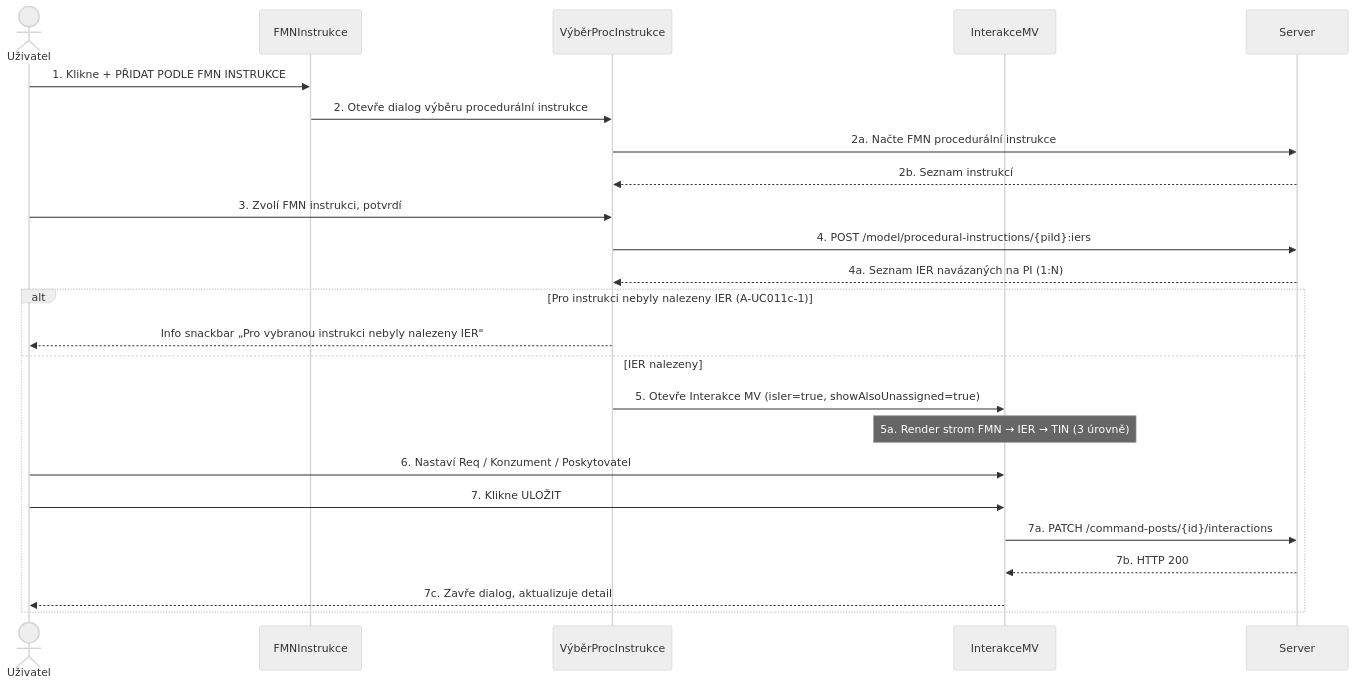
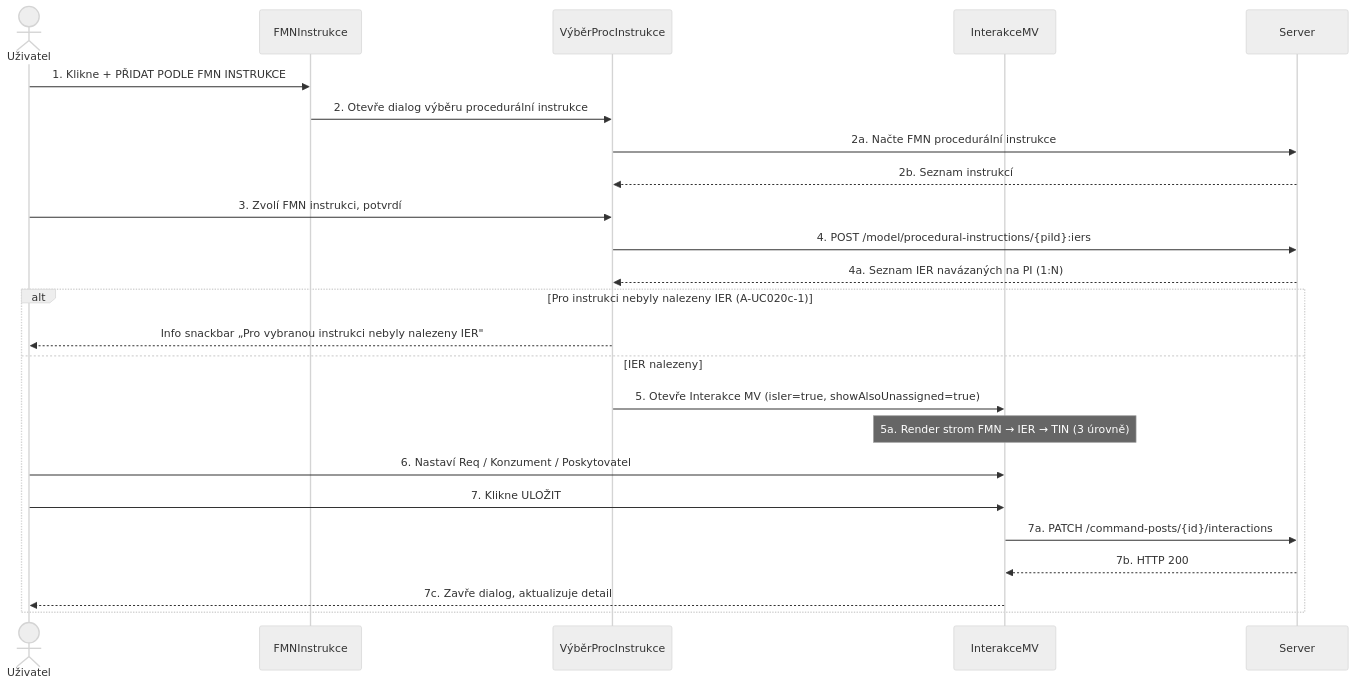
Before and after one commit to pvratny-droid/app.pvklok.eu: the ninth of 9 diagrams in c3hub/RQU002 - Karty mist veleni/analyza-md/05_sekvencni_diagramy.md, drawn with Mermaid (neutral theme). The commit also changed other lines of this file and 197 other files, not shown here.

````diff
--- a/c3hub/RQU002 - Karty mist veleni/analyza-md/05_sekvencni_diagramy.md
+++ b/c3hub/RQU002 - Karty mist veleni/analyza-md/05_sekvencni_diagramy.md
@@ -412,27 +412,27 @@
 ```mermaid
 sequenceDiagram
     actor U as Uživatel
     participant Sec as FMNInstrukce
     participant Sel as VýběrProcInstrukce
     participant Dlg as InterakceMV
     participant S as Server
 
     U->>Sec: 1. Klikne + PŘIDAT PODLE FMN INSTRUKCE
     Sec->>Sel: 2. Otevře dialog výběru procedurální instrukce
     Sel->>S: 2a. Načte FMN procedurální instrukce
     S-->>Sel: 2b. Seznam instrukcí
     U->>Sel: 3. Zvolí FMN instrukci, potvrdí
     Sel->>S: 4. POST /model/procedural-instructions/{piId}:iers
     S-->>Sel: 4a. Seznam IER navázaných na PI (1:N)
-    alt Pro instrukci nebyly nalezeny IER (A-UC011c-1)
+    alt Pro instrukci nebyly nalezeny IER (A-UC020c-1)
         Sel-->>U: Info snackbar „Pro vybranou instrukci nebyly nalezeny IER"
     else IER nalezeny
         Sel->>Dlg: 5. Otevře Interakce MV (isIer=true, showAlsoUnassigned=true)
         Note over Dlg: 5a. Render strom FMN → IER → TIN (3 úrovně)
         U->>Dlg: 6. Nastaví Req / Konzument / Poskytovatel
         U->>Dlg: 7. Klikne ULOŽIT
         Dlg->>S: 7a. PATCH /command-posts/{id}/interactions
         S-->>Dlg: 7b. HTTP 200
         Dlg-->>U: 7c. Zavře dialog, aktualizuje detail
     end
 ```
````
